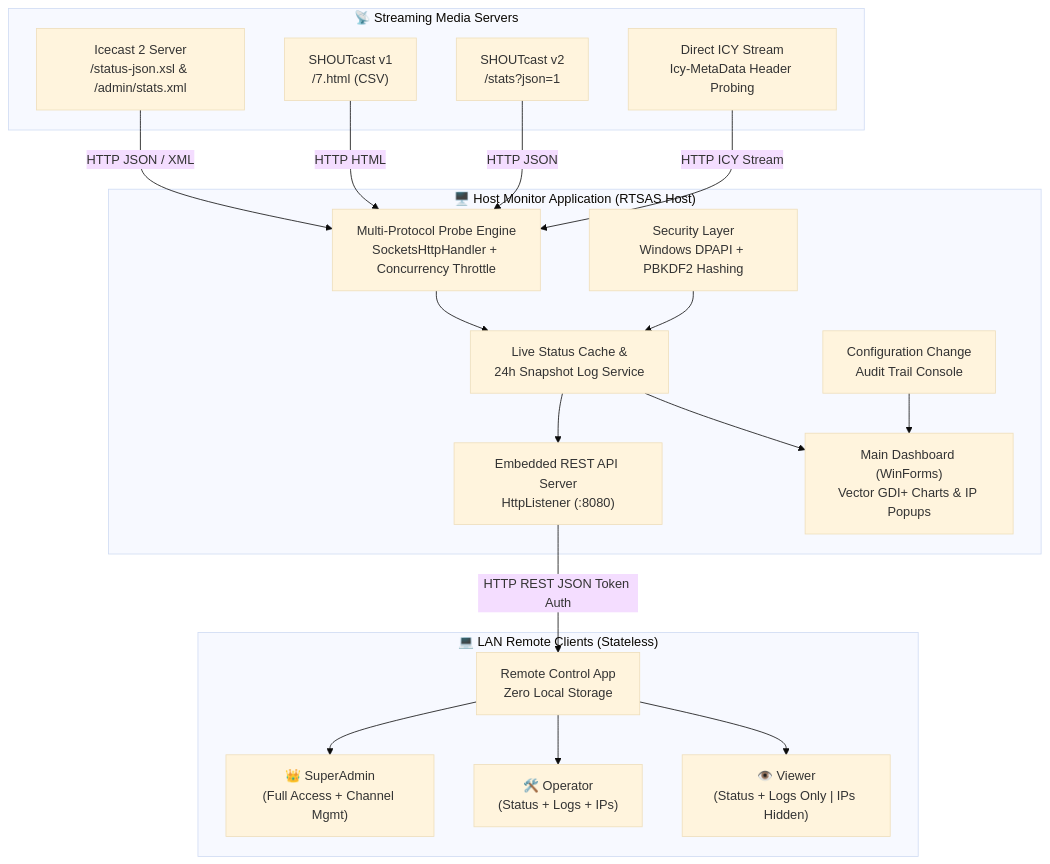
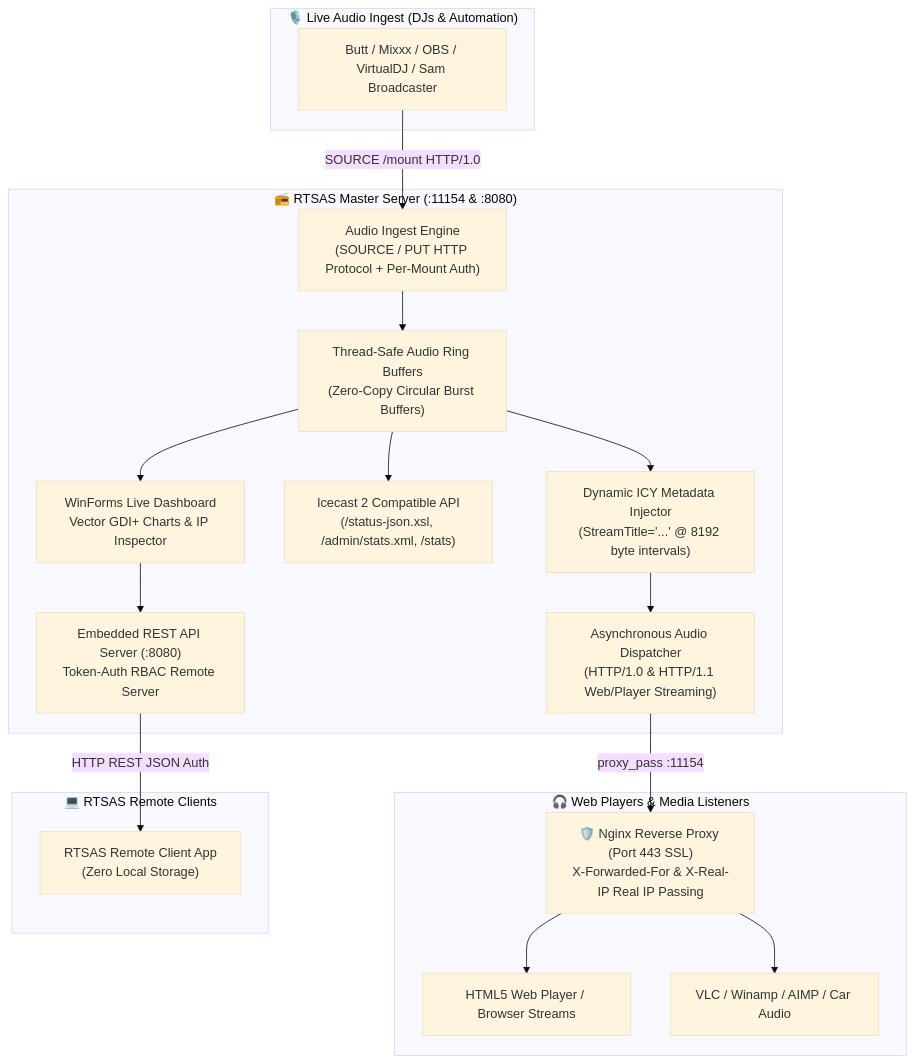
The diagram in README.md (radiotedu/rtsas), drawn with Mermaid (base theme) before and after one commit. The commit also changed other lines of this file and 9 other files, not shown here.

Commit message:
feat: complete standalone audio streaming media server engine (TinyIce/Icecast replacement)

````diff
--- a/README.md
+++ b/README.md
@@ -27,41 +29,40 @@
 ```mermaid
 graph TB
-    subgraph StreamServers["📡 Streaming Media Servers"]
-        IC["Icecast 2 Server<br/>/status-json.xsl & /admin/stats.xml"]
-        SC1["SHOUTcast v1<br/>/7.html (CSV)"]
-        SC2["SHOUTcast v2<br/>/stats?json=1"]
-        ICY["Direct ICY Stream<br/>Icy-MetaData Header Probing"]
+    subgraph DJIngest["🎙️ Live Audio Ingest (DJs & Automation)"]
+        DJs["Butt / Mixxx / OBS / VirtualDJ / Sam Broadcaster"]
     end
 
-    subgraph HostApp["🖥️ Host Monitor Application (RTSAS Host)"]
-        Scanner["Multi-Protocol Probe Engine<br/>SocketsHttpHandler + Concurrency Throttle"]
-        Cache["Live Status Cache &<br/>24h Snapshot Log Service"]
-        Audit["Configuration Change<br/>Audit Trail Console"]
-        Sec["Security Layer<br/>Windows DPAPI + PBKDF2 Hashing"]
-        ApiServer["Embedded REST API Server<br/>HttpListener (:8080)"]
-        HostUI["Main Dashboard (WinForms)<br/>Vector GDI+ Charts & IP Popups"]
+    subgraph RTSASServer["📻 RTSAS Master Server (:11154 & :8080)"]
+        IngestEngine["Audio Ingest Engine<br/>(SOURCE / PUT HTTP Protocol + Per-Mount Auth)"]
+        RingBuffer["Thread-Safe Audio Ring Buffers<br/>(Zero-Copy Circular Burst Buffers)"]
+        IcyEngine["Dynamic ICY Metadata Injector<br/>(StreamTitle='...' @ 8192 byte intervals)"]
+        ListenerDispatcher["Asynchronous Audio Dispatcher<br/>(HTTP/1.0 & HTTP/1.1 Web/Player Streaming)"]
+        IcecastApi["Icecast 2 Compatible API<br/>(/status-json.xsl, /admin/stats.xml, /stats)"]
+        LocalDashboard["WinForms Live Dashboard<br/>Vector GDI+ Charts & IP Inspector"]
+        RemoteApiServer["Embedded REST API Server (:8080)<br/>Token-Auth RBAC Remote Server"]
     end
 
-    subgraph RemoteClients["💻 LAN Remote Clients (Stateless)"]
-        RemoteApp["Remote Control App<br/>Zero Local Storage"]
-        SuperAdminUser["👑 SuperAdmin<br/>(Full Access + Channel Mgmt)"]
-        OperatorUser["🛠️ Operator<br/>(Status + Logs + IPs)"]
-        ViewerUser["👁️ Viewer<br/>(Status + Logs Only | IPs Hidden)"]
+    subgraph Listeners["🎧 Web Players & Media Listeners"]
+        Nginx["🛡️ Nginx Reverse Proxy (Port 443 SSL)<br/>X-Forwarded-For & X-Real-IP Real IP Passing"]
+        WebPlayers["HTML5 Web Player / Browser Streams"]
+        MediaPlayers["VLC / Winamp / AIMP / Car Audio"]
     end
 
-    IC -->|HTTP JSON / XML| Scanner
-    SC1 -->|HTTP HTML| Scanner
-    SC2 -->|HTTP JSON| Scanner
-    ICY -->|HTTP ICY Stream| Scanner
+    subgraph RemoteClients["💻 RTSAS Remote Clients"]
+        RemoteApp["RTSAS Remote Client App<br/>(Zero Local Storage)"]
+    end
 
-    Scanner --> Cache
-    Cache --> HostUI
-    Audit --> HostUI
-    Sec --> Cache
-    Cache --> ApiServer
+    DJs -->|SOURCE /mount HTTP/1.0| IngestEngine
+    IngestEngine --> RingBuffer
+    RingBuffer --> IcyEngine
+    IcyEngine --> ListenerDispatcher
 
-    ApiServer -->|HTTP REST JSON Token Auth| RemoteApp
-    RemoteApp --> SuperAdminUser
-    RemoteApp --> OperatorUser
-    RemoteApp --> ViewerUser
+    ListenerDispatcher -->|proxy_pass :11154| Nginx
+    Nginx --> WebPlayers
+    Nginx --> MediaPlayers
+
+    RingBuffer --> IcecastApi
+    RingBuffer --> LocalDashboard
+    LocalDashboard --> RemoteApiServer
+    RemoteApiServer -->|HTTP REST JSON Auth| RemoteApp
 ```
````
